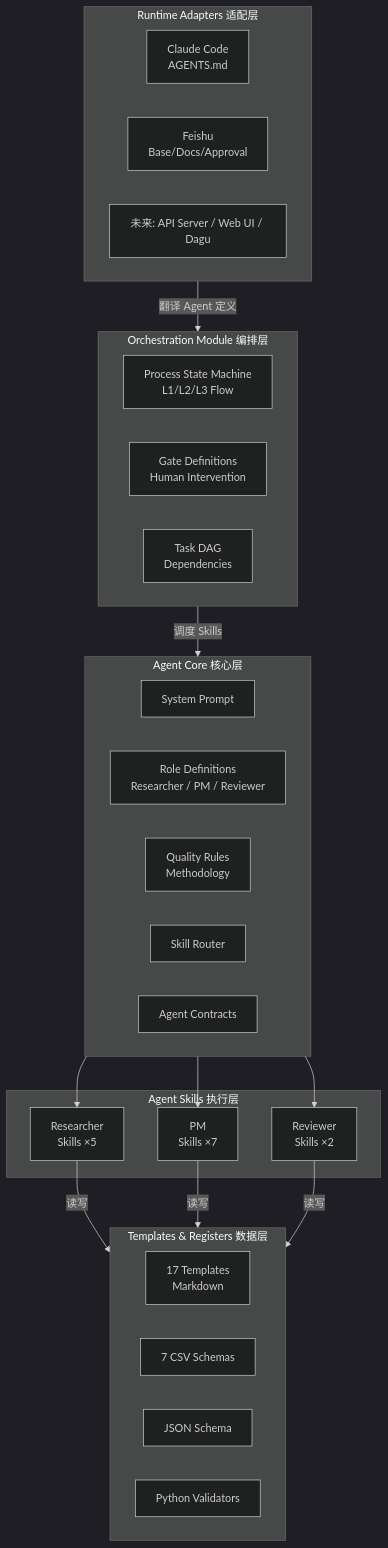
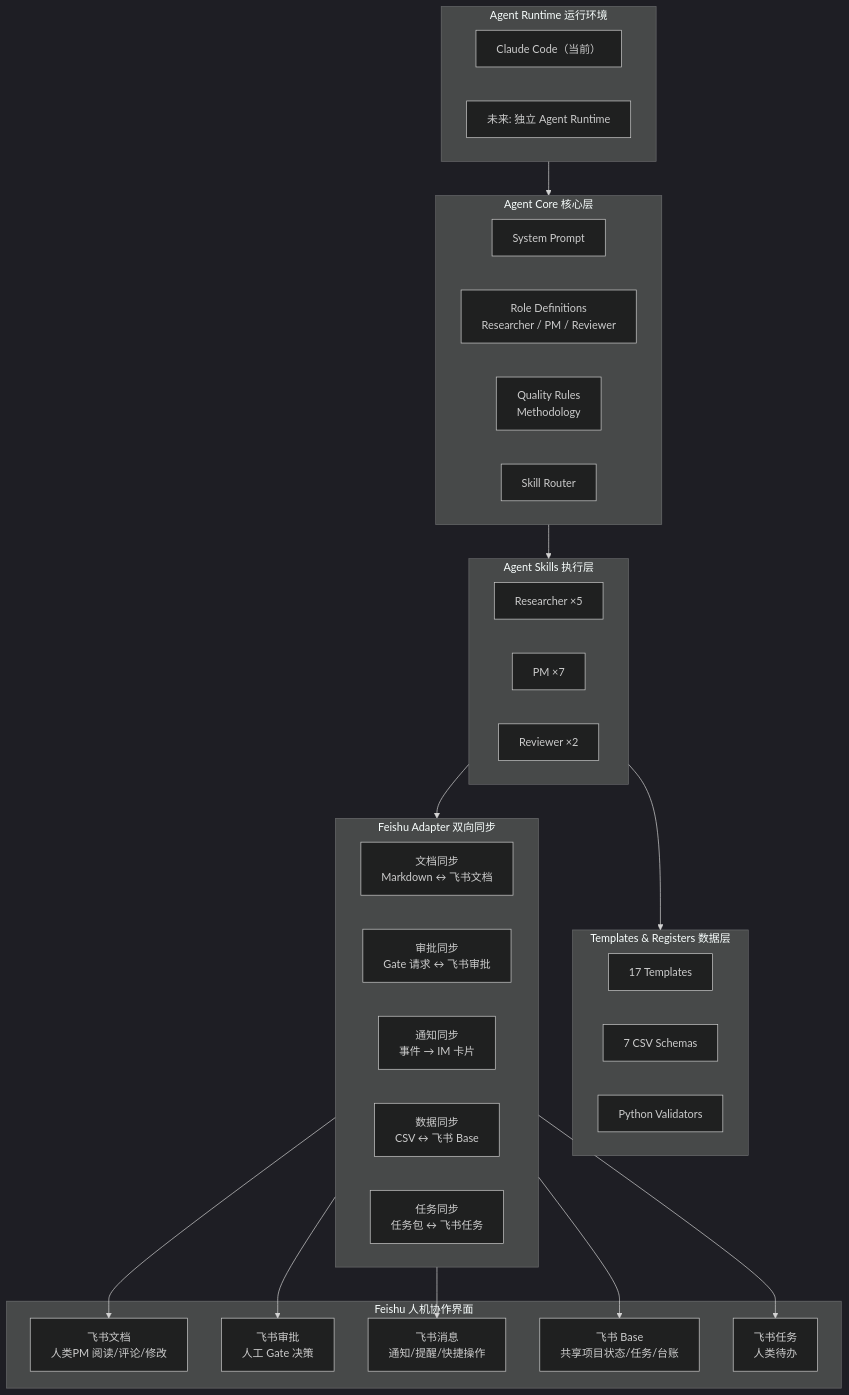
Before and after one commit to Yu-Jianwen/PM-Agent: the first of 3 diagrams in docs/architecture.md, drawn with Mermaid (dark theme). The commit also changed other lines of this file, not shown here.

````diff
--- a/docs/architecture.md
+++ b/docs/architecture.md
@@ -51,44 +13,52 @@
 ```mermaid
 flowchart TB
-    subgraph Adapters["Runtime Adapters 适配层"]
-        CC["Claude Code<br/>AGENTS.md"]
-        FS["Feishu<br/>Base/Docs/Approval"]
-        FUTURE["未来: API Server / Web UI / Dagu"]
-    end
-
-    subgraph Orch["Orchestration Module 编排层"]
-        SM["Process State Machine<br/>L1/L2/L3 Flow"]
-        GATE["Gate Definitions<br/>Human Intervention"]
-        DAG["Task DAG<br/>Dependencies"]
+    subgraph Runtime["Agent Runtime 运行环境"]
+        CC["Claude Code（当前）"]
+        FUTURE["未来: 独立 Agent Runtime"]
     end
 
     subgraph Core["Agent Core 核心层"]
         SP["System Prompt"]
         ROLE["Role Definitions<br/>Researcher / PM / Reviewer"]
         RULES["Quality Rules<br/>Methodology"]
         ROUTER["Skill Router"]
-        CONTRACT["Agent Contracts"]
     end
 
     subgraph Agents["Agent Skills 执行层"]
-        R["Researcher<br/>Skills ×5"]
-        P["PM<br/>Skills ×7"]
-        V["Reviewer<br/>Skills ×2"]
+        R["Researcher ×5"]
+        P["PM ×7"]
+        V["Reviewer ×2"]
     end
 
     subgraph Data["Templates & Registers 数据层"]
-        TPL["17 Templates<br/>Markdown"]
-        CSV["7 CSV Schemas"]
-        JS["JSON Schema"]
-        PY["Python Validators"]
+        TPL["17 Templates"]
+        REG["7 CSV Schemas"]
+        VAL["Python Validators"]
     end
 
-    Adapters -->|"翻译 Agent 定义"| Orch
-    Orch -->|"调度 Skills"| Core
-    Core --> R
-    Core --> P
-    Core --> V
-    R -->|"读写"| Data
-    P -->|"读写"| Data
-    V -->|"读写"| Data
+    subgraph FeishuAdapter["Feishu Adapter 双向同步"]
+        DOCSYNC["文档同步<br/>Markdown ↔ 飞书文档"]
+        APPROVALSYNC["审批同步<br/>Gate 请求 ↔ 飞书审批"]
+        NOTIFYSYNC["通知同步<br/>事件 → IM 卡片"]
+        BASESYNC["数据同步<br/>CSV ↔ 飞书 Base"]
+        TASKSYNC["任务同步<br/>任务包 ↔ 飞书任务"]
+    end
+
+    subgraph Feishu["Feishu 人机协作界面"]
+        DOCS["飞书文档<br/>人类PM 阅读/评论/修改"]
+        APPROVAL["飞书审批<br/>人工 Gate 决策"]
+        IM["飞书消息<br/>通知/提醒/快捷操作"]
+        BASE["飞书 Base<br/>共享项目状态/任务/台账"]
+        TASK["飞书任务<br/>人类待办"]
+    end
+
+    Runtime --> Core
+    Core --> Agents
+    Agents --> Data
+    Agents --> FeishuAdapter
+    FeishuAdapter --> DOCS
+    FeishuAdapter --> APPROVAL
+    FeishuAdapter --> IM
+    FeishuAdapter --> BASE
+    FeishuAdapter --> TASK
 ```
````
